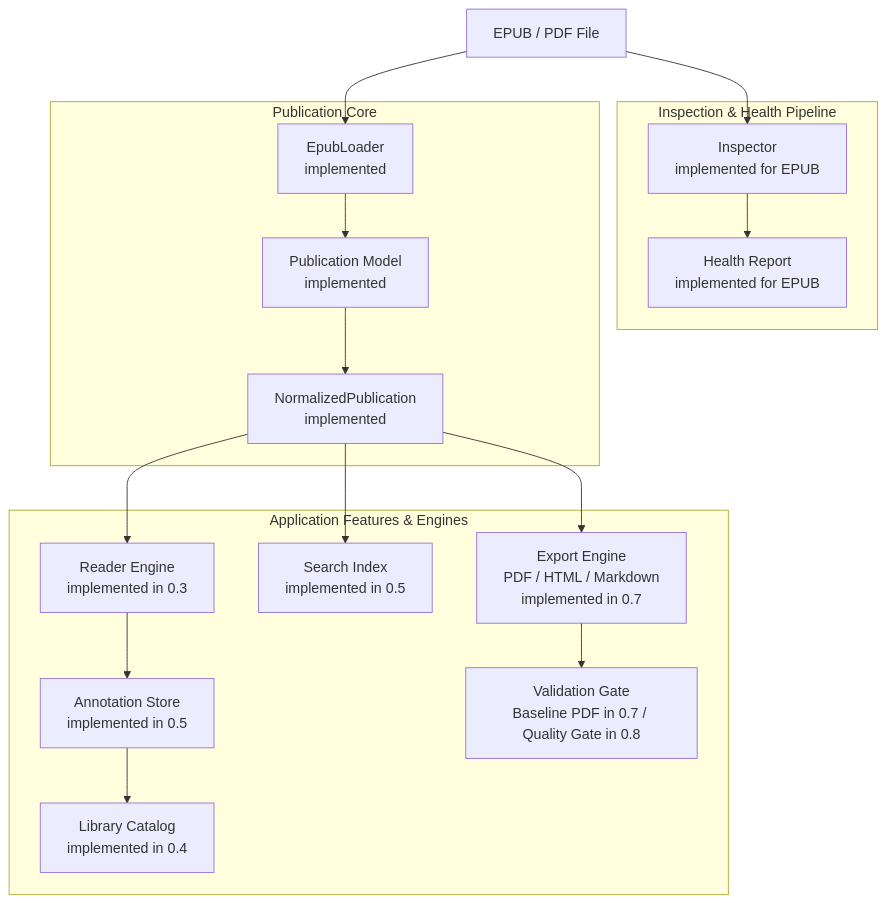
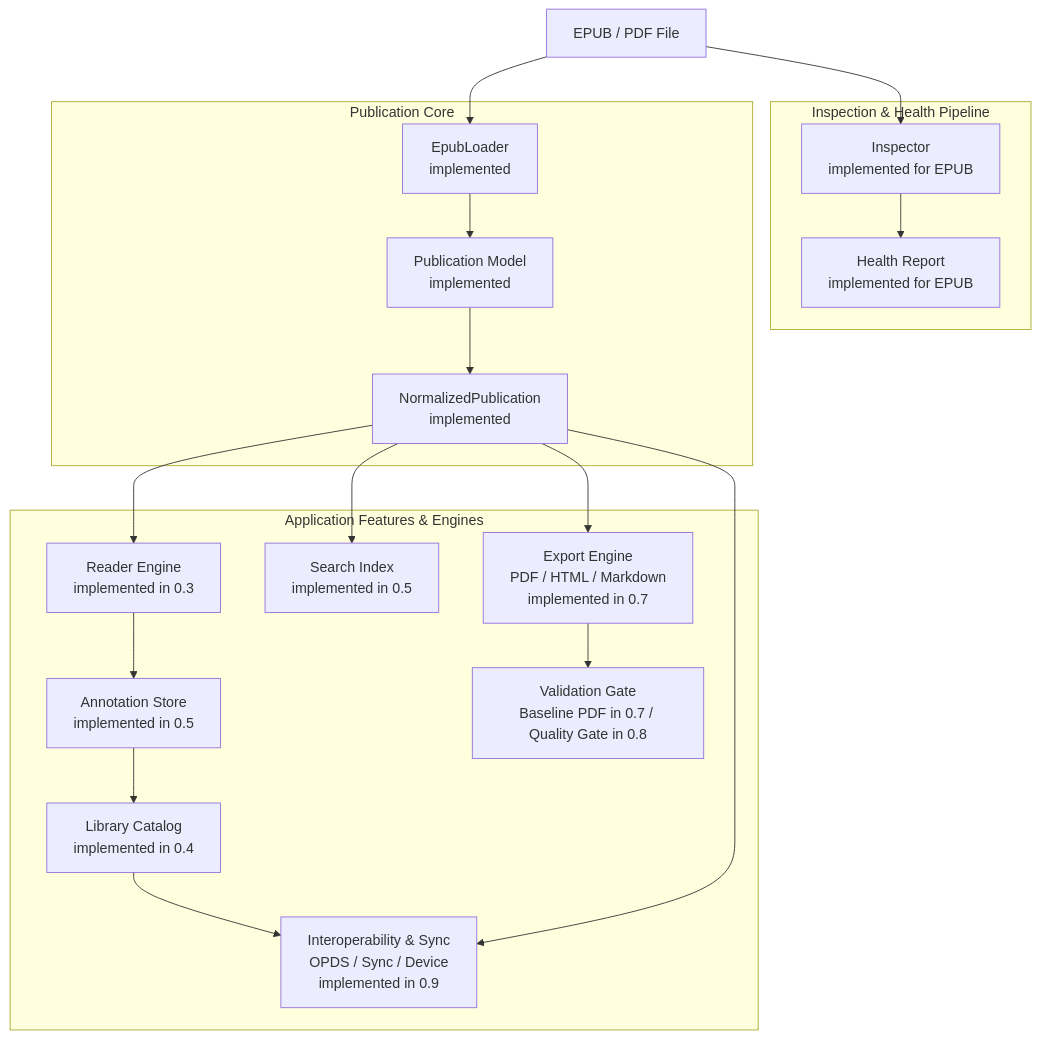
One commit to bosatsu25/ReflowPress changed the diagram in README.md. Above: the diagram before and after it, drawn with Mermaid. The commit also changed other lines of this file and 10 other files, not shown here.

Commit message:
docs(interop): add ADR 0009, user guides, and update roadmap to Milestone 0.9 Complete

````diff
--- a/README.md
+++ b/README.md
@@ -42,34 +44,37 @@
 ```mermaid
 flowchart TD
     SOURCE[EPUB / PDF File]
 
     subgraph INSP_SUB[Inspection & Health Pipeline]
         INSPECTOR[Inspector<br/>implemented for EPUB]
         HEALTH[Health Report<br/>implemented for EPUB]
     end
 
     subgraph CORE_SUB[Publication Core]
         LOADER[EpubLoader<br/>implemented]
         PUB_MODEL[Publication Model<br/>implemented]
         NORMALIZED[NormalizedPublication<br/>implemented]
     end
 
     subgraph CONSUMER_SUB[Application Features & Engines]
         READER[Reader Engine<br/>implemented in 0.3]
         ANNOTATION[Annotation Store<br/>implemented in 0.5]
         LIBRARY[Library Catalog<br/>implemented in 0.4]
         SEARCH[Search Index<br/>implemented in 0.5]
         EXPORT[Export Engine<br/>PDF / HTML / Markdown<br/>implemented in 0.7]
         VALIDATION[Validation Gate<br/>Baseline PDF in 0.7 / Quality Gate in 0.8]
+        INTEROP[Interoperability & Sync<br/>OPDS / Sync / Device<br/>implemented in 0.9]
     end
 
     SOURCE --> INSPECTOR --> HEALTH
     SOURCE --> LOADER --> PUB_MODEL --> NORMALIZED
 
     NORMALIZED --> READER
     READER --> ANNOTATION
     ANNOTATION --> LIBRARY
     NORMALIZED --> SEARCH
     NORMALIZED --> EXPORT
     EXPORT --> VALIDATION
+    LIBRARY --> INTEROP
+    NORMALIZED --> INTEROP
 ```
````
